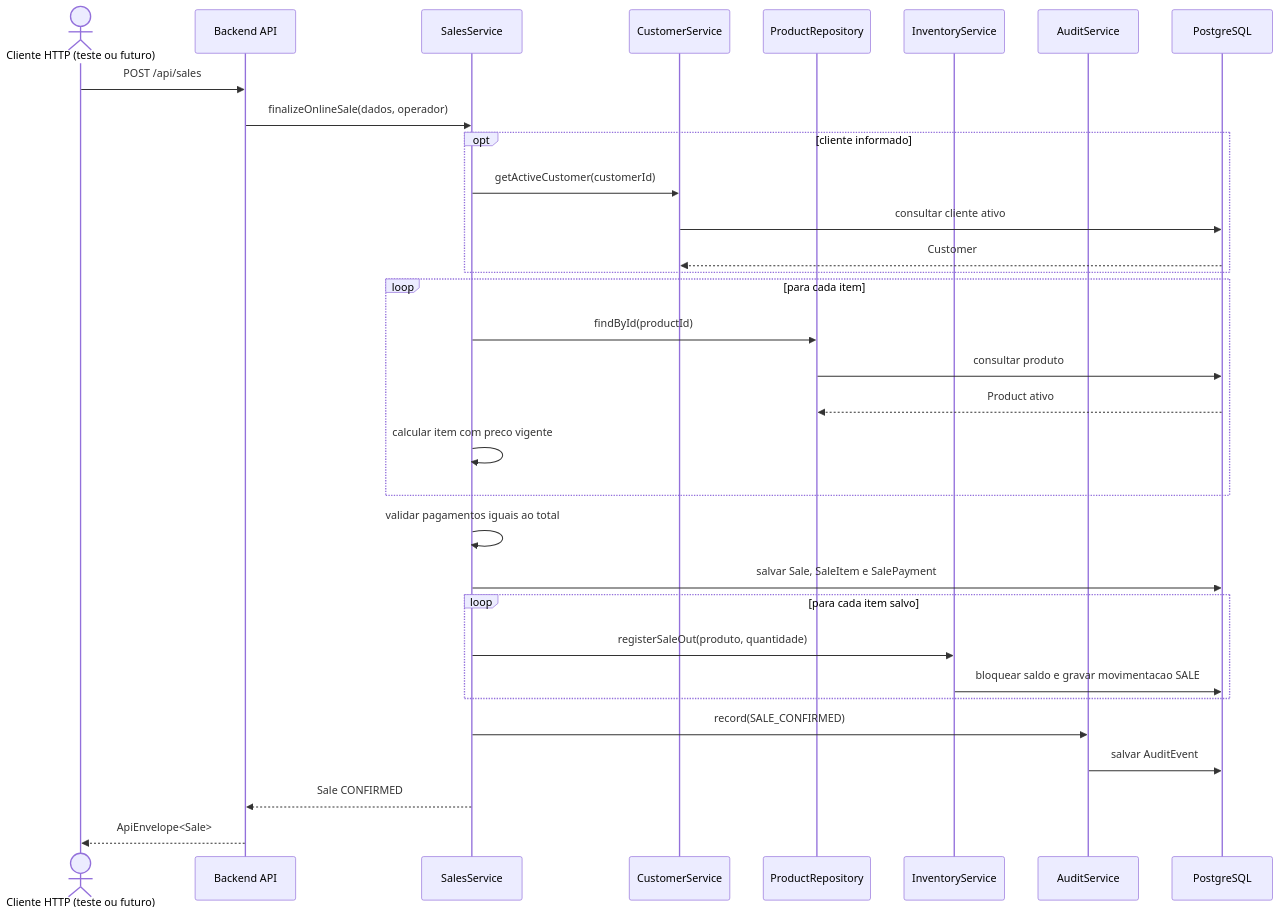
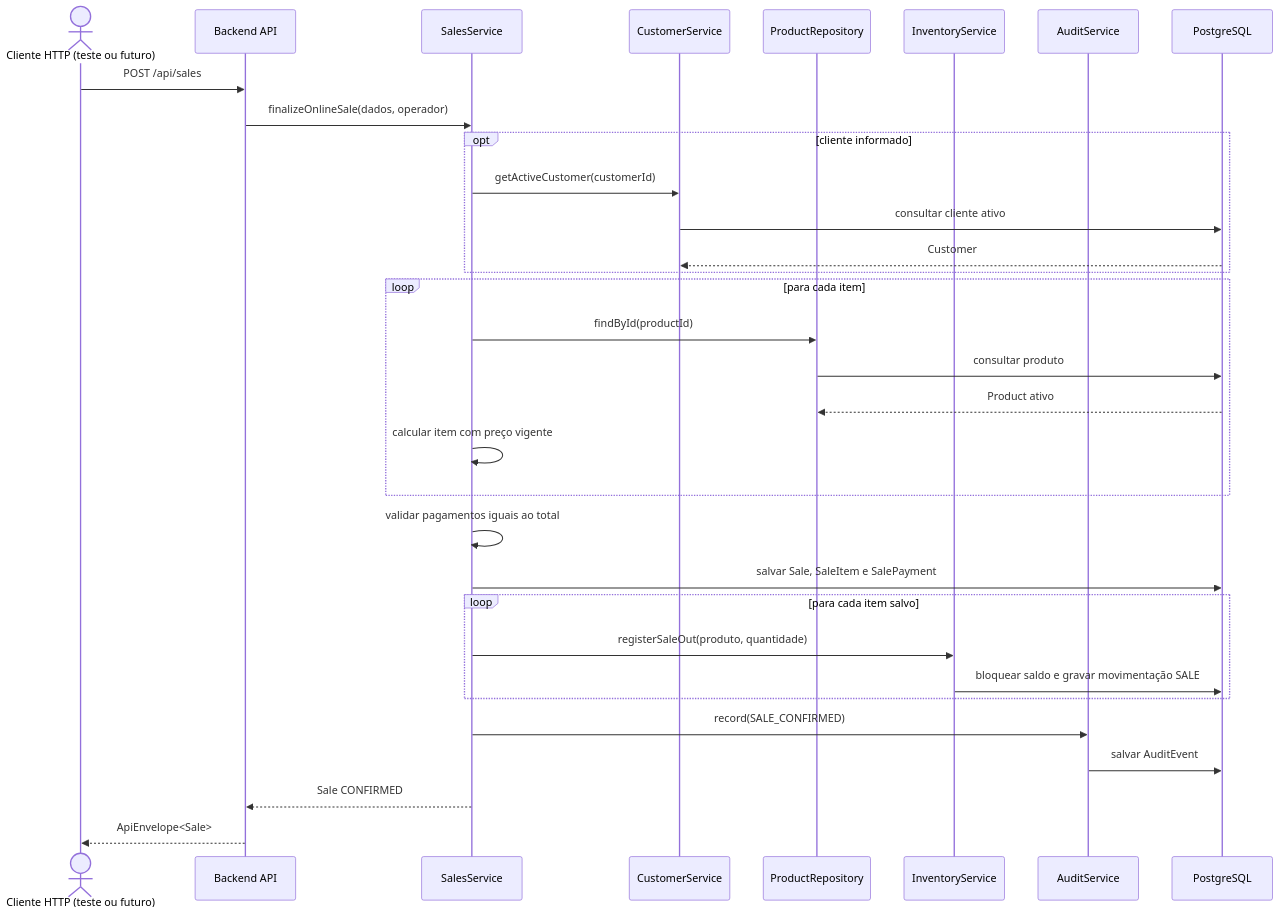
The sixth of 9 diagrams in docs/diagramas.md (Fatech-Ypiranga/Mercado-One-Java), drawn with Mermaid before and after one commit. The commit also changed other lines of this file and 27 other files, not shown here.

````diff
--- a/docs/diagramas.md
+++ b/docs/diagramas.md
@@ -423,40 +423,40 @@
 ```mermaid
 sequenceDiagram
     actor ClienteHttp as Cliente HTTP (teste ou futuro)
     participant Api as Backend API
     participant Sales as SalesService
     participant Customers as CustomerService
     participant Products as ProductRepository
     participant Inventory as InventoryService
     participant Audit as AuditService
     participant Db as PostgreSQL
 
     ClienteHttp->>Api: POST /api/sales
     Api->>Sales: finalizeOnlineSale(dados, operador)
 
     opt cliente informado
         Sales->>Customers: getActiveCustomer(customerId)
         Customers->>Db: consultar cliente ativo
         Db-->>Customers: Customer
     end
 
     loop para cada item
         Sales->>Products: findById(productId)
         Products->>Db: consultar produto
         Db-->>Products: Product ativo
-        Sales->>Sales: calcular item com preco vigente
+        Sales->>Sales: calcular item com preço vigente
     end
 
     Sales->>Sales: validar pagamentos iguais ao total
     Sales->>Db: salvar Sale, SaleItem e SalePayment
 
     loop para cada item salvo
         Sales->>Inventory: registerSaleOut(produto, quantidade)
-        Inventory->>Db: bloquear saldo e gravar movimentacao SALE
+        Inventory->>Db: bloquear saldo e gravar movimentação SALE
     end
 
     Sales->>Audit: record(SALE_CONFIRMED)
     Audit->>Db: salvar AuditEvent
     Sales-->>Api: Sale CONFIRMED
     Api-->>ClienteHttp: ApiEnvelope<Sale>
 ```
````
